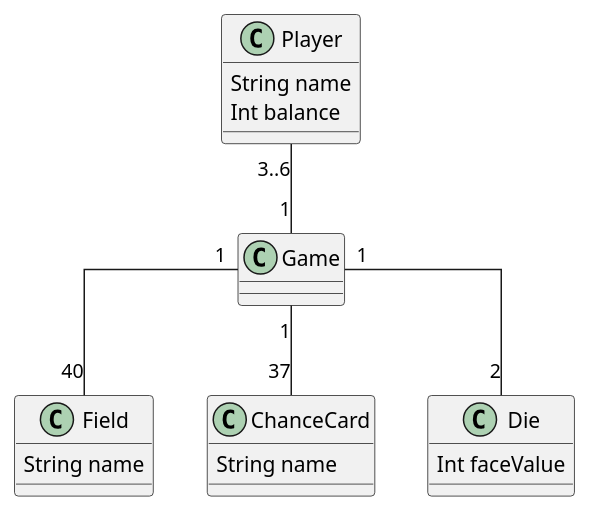
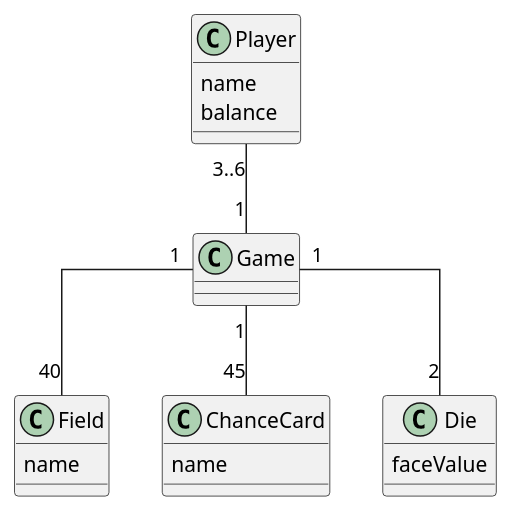
One commit to Gruppe-10-DTU/CDIO-FINAL changed the diagram in src/main/resources/Diagrams/DomainModel.puml. Above: the diagram before and after it, drawn with PlantUML.

Commit message:
Fixed domain model

```diff
--- a/src/main/resources/Diagrams/DomainModel.puml
+++ b/src/main/resources/Diagrams/DomainModel.puml
@@ -1,26 +1,26 @@
 @startuml
 skinparam linetype polyline
 skinparam linetype ortho
 
 Class Player {
- String name
- Int balance
+ name
+ balance
 }
 
 Class Field {
- String name
+ name
 }
 
 Class ChanceCard{
- String name
+ name
 }
 Class Die {
- Int faceValue
+ faceValue
 }
 
 
 Player "3..6" -- "1" Game
-Game "1" -- "37" ChanceCard
+Game "1" -- "45" ChanceCard
 Game "1" -- "40" Field
 Game"1" -- "2" Die
 @enduml
```
